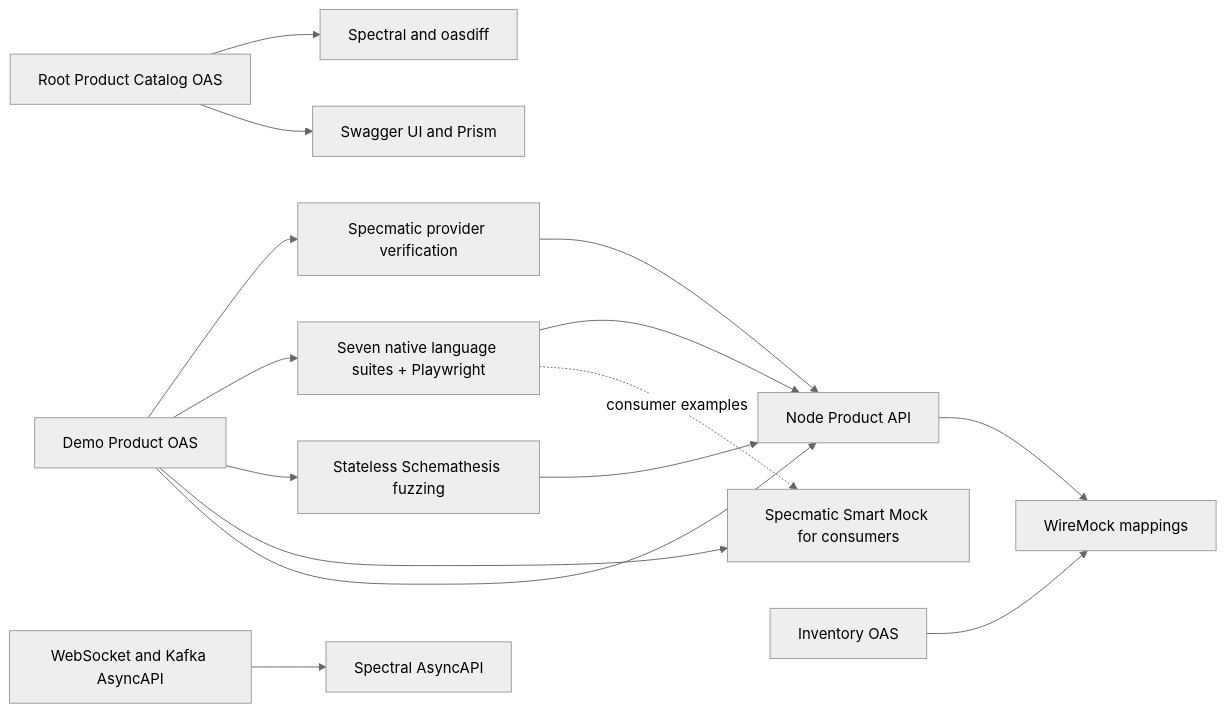
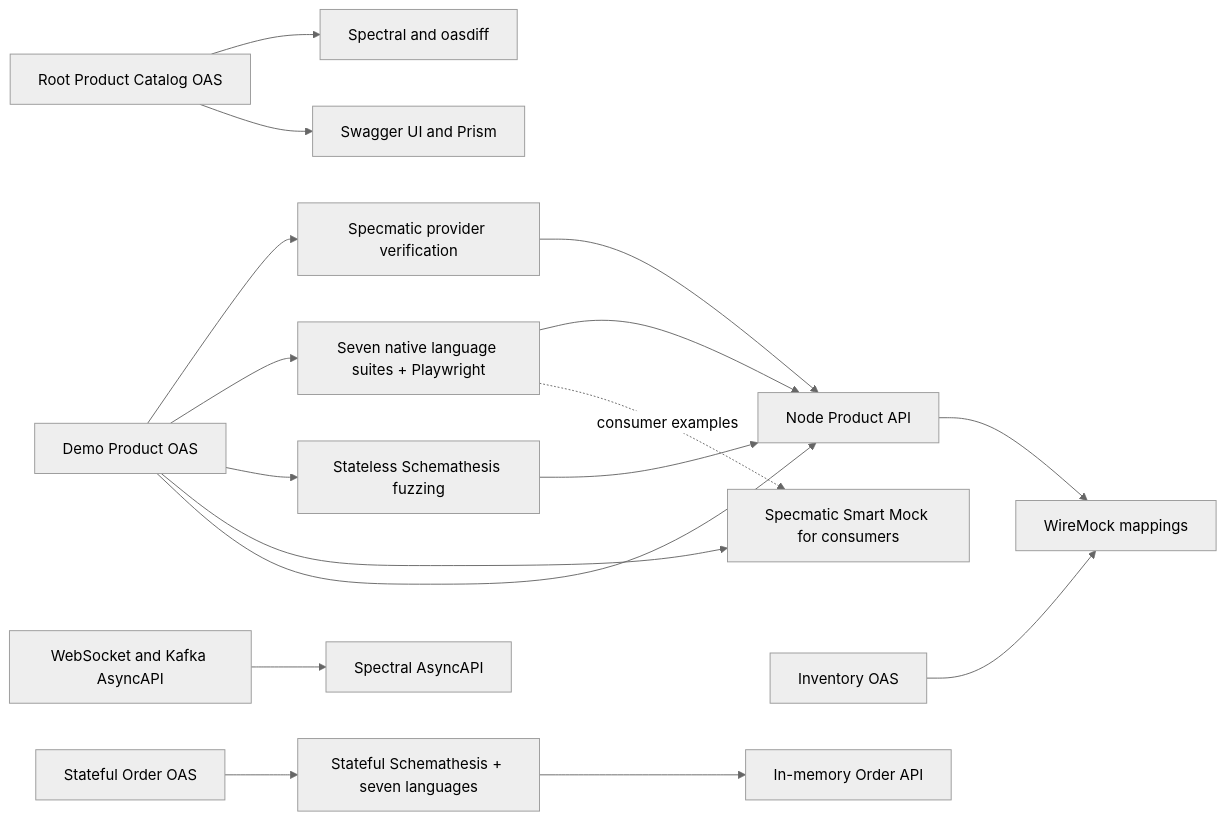
The diagram in README.md (shoman2020/oas-polycontract), drawn with Mermaid (neutral theme) before and after one commit. The commit also changed other lines of this file and 28 other files, not shown here.

Commit message:
Add stateful API contract integration examples

````diff
--- a/README.md
+++ b/README.md
@@ -81,17 +94,19 @@
 ```mermaid
 flowchart LR
   Root[Root Product Catalog OAS] --> RootGates[Spectral and oasdiff]
   Root --> Debug[Swagger UI and Prism]
   Product[Demo Product OAS] --> Provider[Specmatic provider verification]
   Product --> Clients[Seven native language suites + Playwright]
   Product --> Fuzz[Stateless Schemathesis fuzzing]
   Product --> Mock[Specmatic Smart Mock for consumers]
   Product --> App[Node Product API]
   Provider --> App
   Clients --> App
   Clients -. consumer examples .-> Mock
   Fuzz --> App
   Inventory[Inventory OAS] --> WireMock[WireMock mappings]
   App --> WireMock
   Events[WebSocket and Kafka AsyncAPI] --> EventLint[Spectral AsyncAPI]
+  Stateful[Stateful Order OAS] --> StatefulTests[Stateful Schemathesis + seven languages]
+  StatefulTests --> StatefulApp[In-memory Order API]
 ```
````
